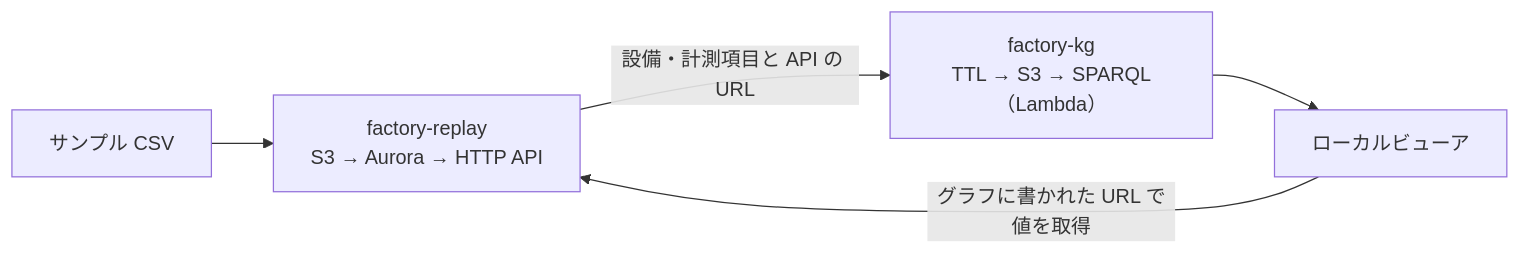
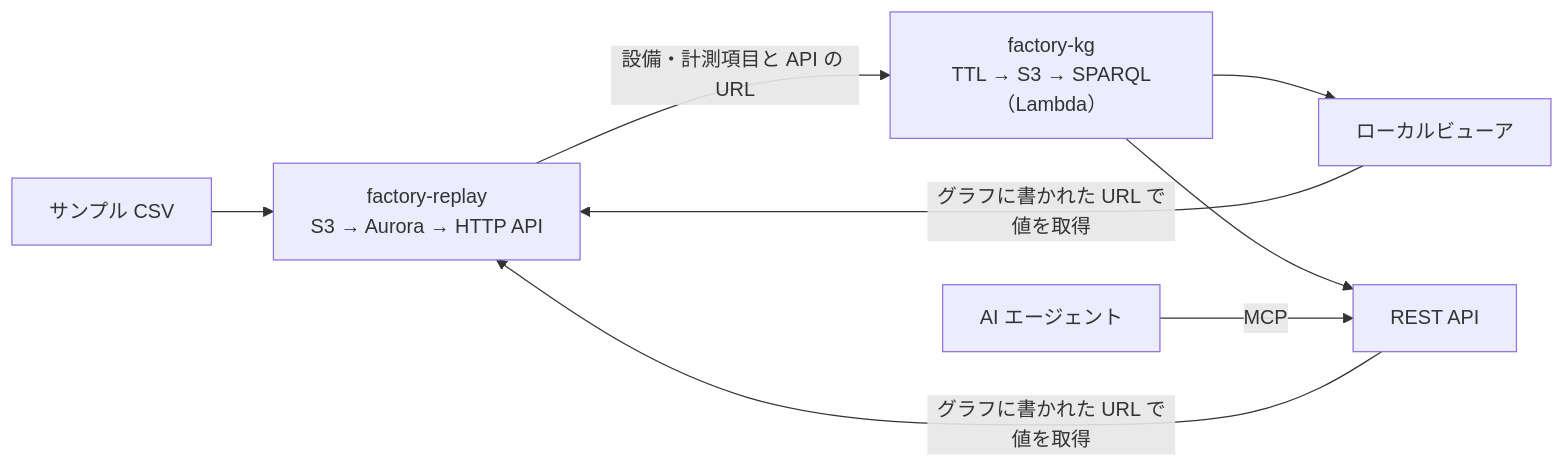
The diagram in README.md (nit-kl/IoT_lab), drawn with Mermaid before and after one commit. The commit also changed other lines of this file and 1 other file, not shown here.

Commit message:
工場ナレッジグラフ:REST・MCP の仕上げ（進め方の状況、リポジトリの README）

````diff
--- a/README.md
+++ b/README.md
@@ -10,7 +10,10 @@
 ```mermaid
 flowchart LR
   CSV[サンプル CSV] --> R[factory-replay<br/>S3 → Aurora → HTTP API]
   R -->|設備・計測項目と API の URL| K[factory-kg<br/>TTL → S3 → SPARQL（Lambda）]
   K --> V[ローカルビューア]
   V -->|グラフに書かれた URL で値を取得| R
+  K --> API[REST API]
+  API -->|グラフに書かれた URL で値を取得| R
+  AG[AI エージェント] -->|MCP| API
 ```
````
